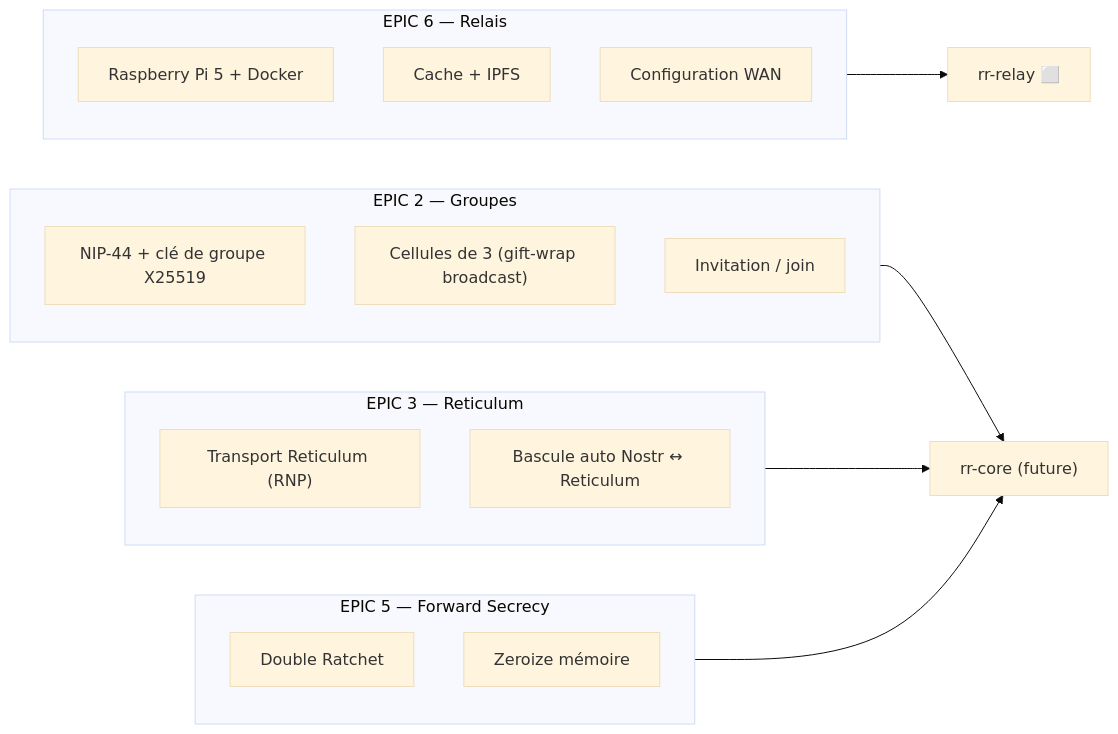
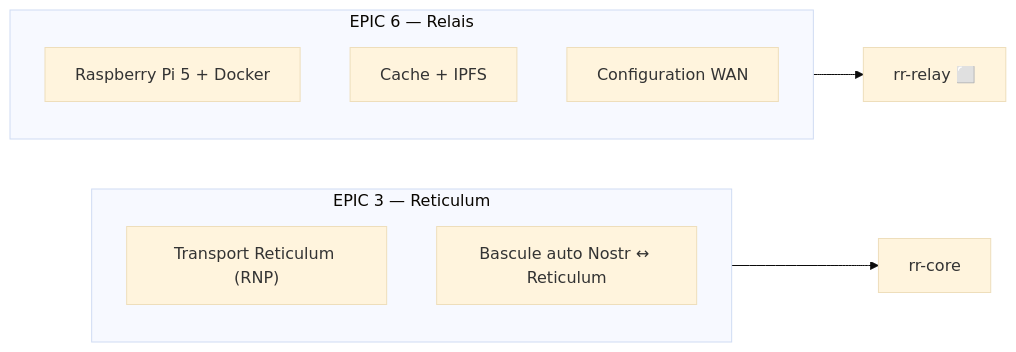
One commit to giak/reseau-racine changed diagram 13 of 13 in docs/ARCHITECTURE.md. Above: the diagram before and after it, drawn with Mermaid (base theme). The commit also changed other lines of this file and 2 other files, not shown here.

Commit message:
docs: sync README, GUIDE, ARCHITECTURE for EPIC 2+5

````diff
--- a/docs/ARCHITECTURE.md
+++ b/docs/ARCHITECTURE.md
@@ -451,29 +475,16 @@
 ```mermaid
 graph LR
-    subgraph EPIC2["EPIC 2 — Groupes"]
-        GRP_KEY["NIP-44 + clé de groupe X25519"]
-        CELL["Cellules de 3 (gift-wrap broadcast)"]
-        INVITE["Invitation / join"]
-    end
-
     subgraph EPIC3["EPIC 3 — Reticulum"]
         RNP["Transport Reticulum (RNP)"]
         SWITCH["Bascule auto Nostr ↔ Reticulum"]
-    end
-
-    subgraph EPIC5["EPIC 5 — Forward Secrecy"]
-        DR["Double Ratchet"]
-        ZERO_MEM["Zeroize mémoire"]
     end
 
     subgraph EPIC6["EPIC 6 — Relais"]
         RPI["Raspberry Pi 5 + Docker"]
         IPFS["Cache + IPFS"]
         WAN["Configuration WAN"]
     end
 
-    EPIC2 --> CORE["rr-core (future)"]
-    EPIC3 --> CORE
-    EPIC5 --> CORE
+    EPIC3 --> CORE["rr-core"]
     EPIC6 --> RELAY_NODE["rr-relay ⬜"]
 ```
````
